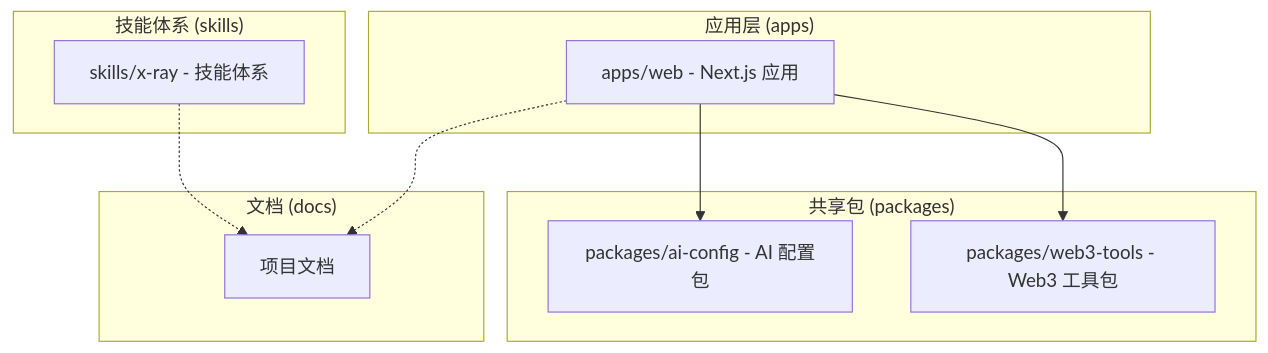
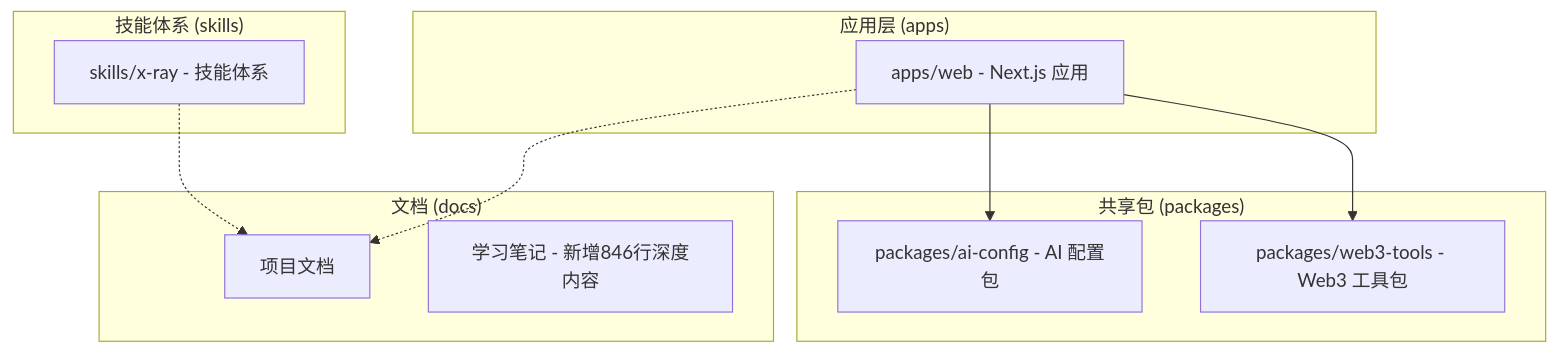
Before and after one commit to CryptoLinxu/Web3-AI-Agent: the first of 9 diagrams in .qoder/repowiki/zh/content/项目概述/学习笔记.md, drawn with Mermaid. The commit also changed other lines of this file and 16 other files, not shown here.

````diff
--- a/.qoder/repowiki/zh/content/项目概述/学习笔记.md
+++ b/.qoder/repowiki/zh/content/项目概述/学习笔记.md
@@ -41,20 +58,21 @@
 ```mermaid
 graph TB
 subgraph "应用层 (apps)"
 WEB[apps/web - Next.js 应用]
 end
 subgraph "共享包 (packages)"
 AI_CONFIG[packages/ai-config - AI 配置包]
 WEB3_TOOLS[packages/web3-tools - Web3 工具包]
 end
 subgraph "技能体系 (skills)"
 X_RAY[skills/x-ray - 技能体系]
 end
 subgraph "文档 (docs)"
 DOCS[项目文档]
+LEARNING_NOTES[学习笔记 - 新增846行深度内容]
 end
 WEB --> AI_CONFIG
 WEB --> WEB3_TOOLS
 WEB -.-> DOCS
 X_RAY -.-> DOCS
 ```
````
